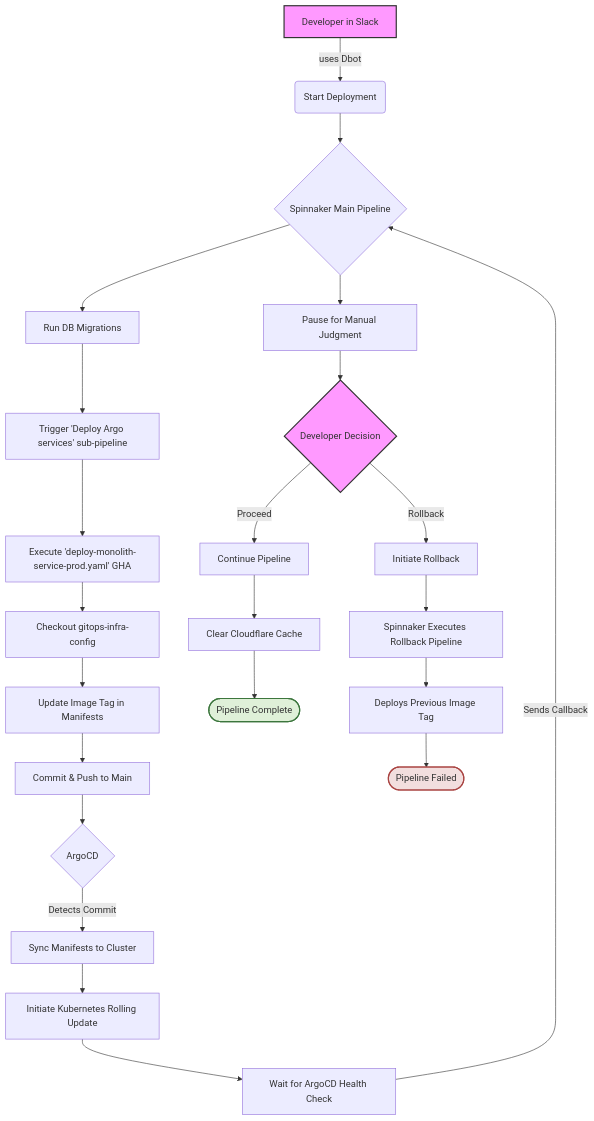
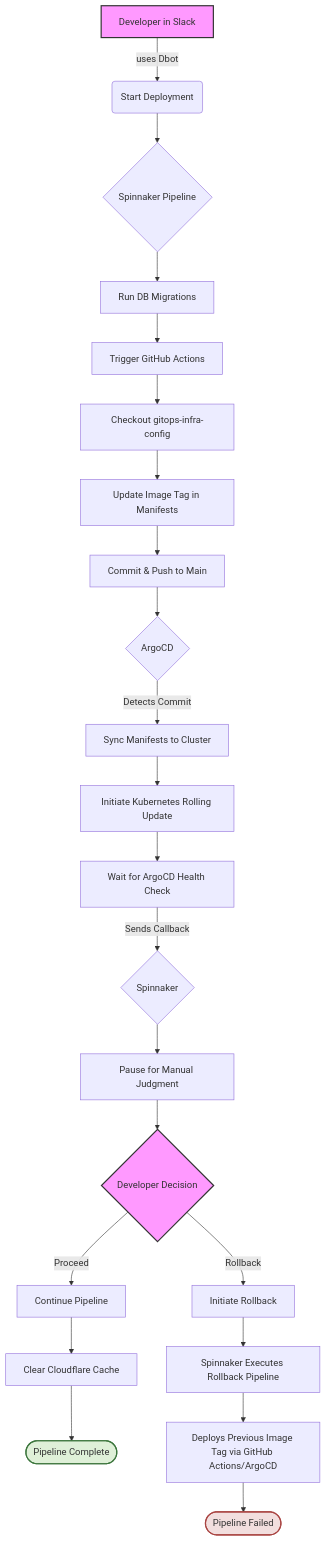
Before and after one commit to mikkelguntveit/argocd-training: the diagram in deployment_pipeline_flowchart_current.md, drawn with Mermaid.

Commit message:
Update deployment pipeline flowchart for clarity

````diff
--- a/deployment_pipeline_flowchart_current.md
+++ b/deployment_pipeline_flowchart_current.md
@@ -1,39 +1,38 @@
 ```mermaid
 flowchart TD
     A[Developer in Slack] -->|uses Dbot| B(Start Deployment);
     
-    B --> C{"Spinnaker Main Pipeline"};
+    B --> C{Spinnaker Pipeline};
     C --> D[Run DB Migrations];
-    D --> E[Trigger 'Deploy Argo services' sub-pipeline];
+    D --> E[Trigger GitHub Actions];
     
-    E --> F["Execute 'deploy-monolith-service-prod.yaml' GHA"];
-    F --> G[Checkout gitops-infra-config];
-    G --> H[Update Image Tag in Manifests];
-    H --> I[Commit & Push to Main];
+    E --> F[Checkout gitops-infra-config];
+    F --> G[Update Image Tag in Manifests];
+    G --> H[Commit & Push to Main];
     
-    I --> J{ArgoCD};
-    J -->|Detects Commit| K[Sync Manifests to Cluster];
-    K --> L[Initiate Kubernetes Rolling Update];
+    H --> I{ArgoCD};
+    I -->|Detects Commit| J[Sync Manifests to Cluster];
+    J --> K[Initiate Kubernetes Rolling Update];
     
-    L --> M[Wait for ArgoCD Health Check];
-    M -->|Sends Callback| C;
+    K --> L[Wait for ArgoCD Health Check];
+    L -->|Sends Callback| M{Spinnaker};
     
-    C --> N["Pause for Manual Judgment"];
+    M --> N["Pause for Manual Judgment"];
     N --> O{Developer Decision};
     
     O -- "Proceed" --> P[Continue Pipeline];
     O -- "Rollback" --> Q[Initiate Rollback];
     
     P --> R[Clear Cloudflare Cache];
     R --> S([Pipeline Complete]);
     
     Q --> T[Spinnaker Executes Rollback Pipeline];
-    T --> U[Deploys Previous Image Tag];
+    T --> U[Deploys Previous Image Tag via GitHub Actions/ArgoCD];
     U --> V([Pipeline Failed]);
 
     %% Styling
     style A fill:#f9f,stroke:#333,stroke-width:2px
     style O fill:#f9f,stroke:#333,stroke-width:2px
     style S fill:#dff0d8,stroke:#3c763d,stroke-width:2px
     style V fill:#f2dede,stroke:#a94442,stroke-width:2px
 ```
````
